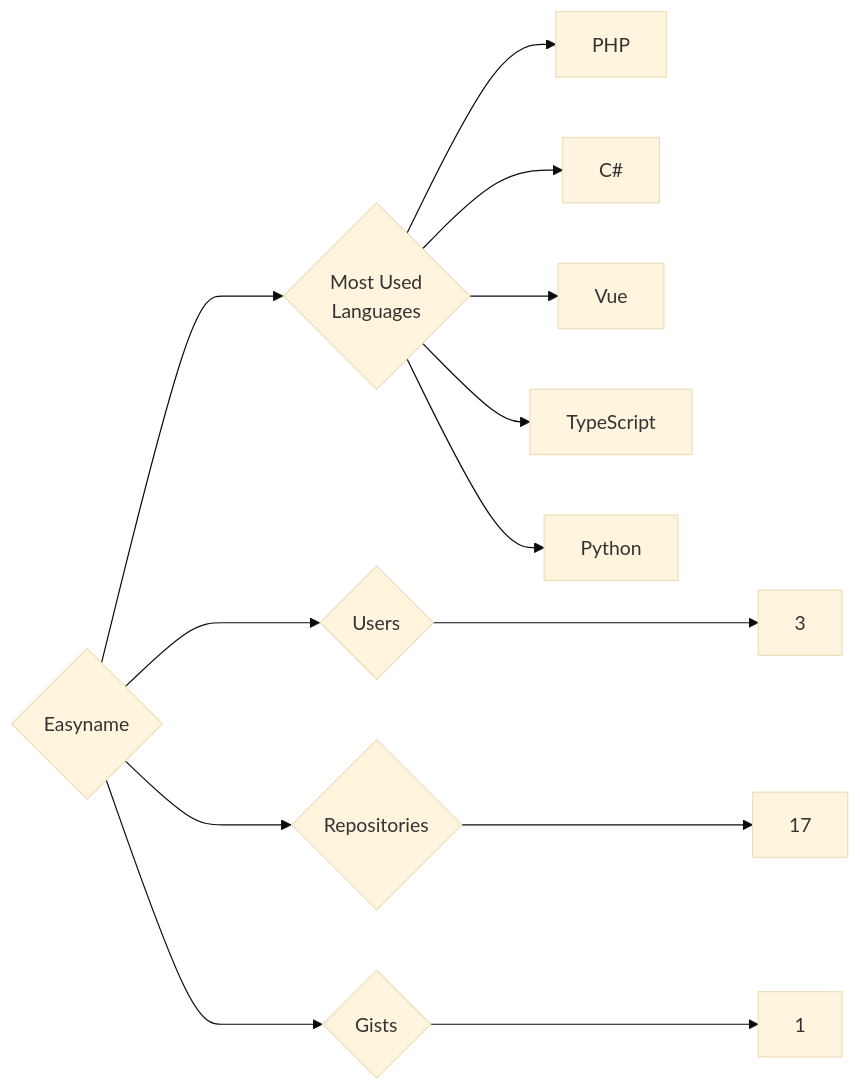
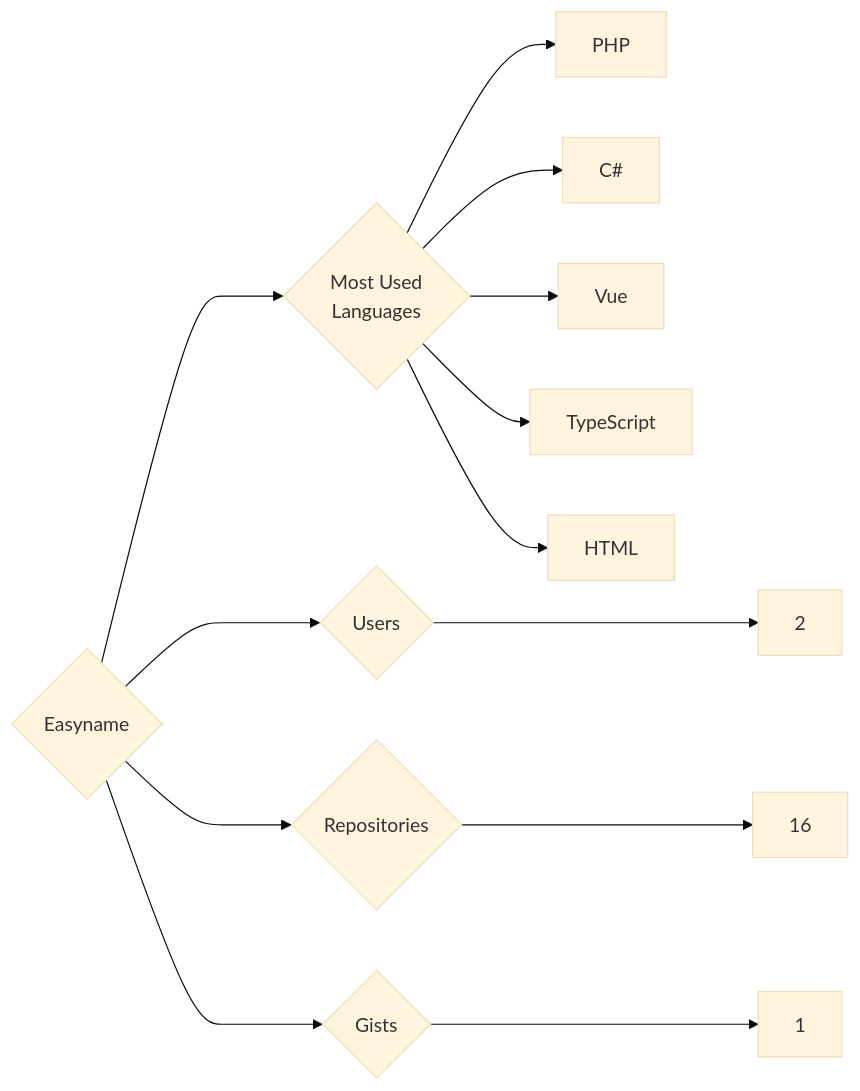
Before and after one commit to trickest/insiders: the diagram in targets/Easyname/README.md, drawn with Mermaid (base theme). The commit also changed 1078 other files, not shown here.

````diff
--- a/targets/Easyname/README.md
+++ b/targets/Easyname/README.md
@@ -3,13 +3,13 @@
 ```mermaid
 graph LR
 COMPANY_NAME{Easyname}
-COMPANY_NAME ---> U{Users} ---> UN[3]
-COMPANY_NAME ---> R{Repositories} ---> RN[17]
+COMPANY_NAME ---> U{Users} ---> UN[2]
+COMPANY_NAME ---> R{Repositories} ---> RN[16]
 COMPANY_NAME ---> G{Gists} ---> GN[1]
 COMPANY_NAME ---> ML{Most Used<br>Languages}
 ML --> PHP[PHP]
 ML --> C#[C#]
 ML --> Vue[Vue]
 ML --> TypeScript[TypeScript]
-ML --> Python[Python]
+ML --> HTML[HTML]
 ```
````
